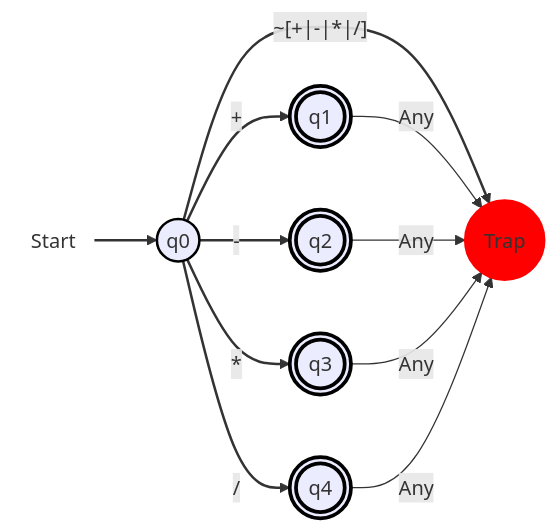
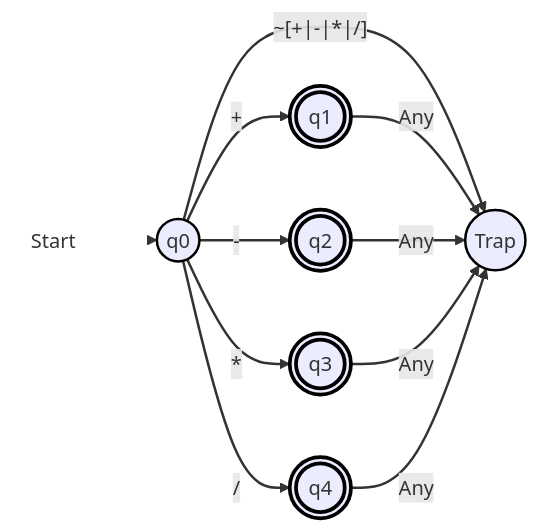
One commit to CS-Tiny-Compiler/a-tiny-compiler changed the fifth of 9 diagrams in docs/DFA.md. Above: the diagram before and after it, drawn with Mermaid. The commit also changed other lines of this file, not shown here.

First line of the commit message:
made line colors consistent and trap state have a black color

````diff
--- a/docs/DFA.md
+++ b/docs/DFA.md
@@ -196,22 +192,22 @@
 ```mermaid
 flowchart LR
   start(((Start))):::startNode --> q0(("q0")):::normal
   q0 --> |#43;| q1((("q1"))):::finalState
   q0 --> |#45;| q2((("q2"))):::finalState
   q0 --> |#42;| q3((("q3"))):::finalState
   q0 --> |#47;| q4((("q4"))):::finalState
-  q0 --> |"~[#43;|#45;|#42;|#47;]"| trap((("Trap"))):::trap
+  q0 --> |"~[#43;|#45;|#42;|#47;]"| trap(("Trap")):::trap
 
-  q1 --> |"Any"| trap((("Trap"))):::trap
-  q2 --> |"Any"| trap((("Trap"))):::trap
-  q3 --> |"Any"| trap((("Trap"))):::trap
-  q4 --> |"Any"| trap((("Trap"))):::trap
+  q1 --> |"Any"| trap(("Trap")):::trap
+  q2 --> |"Any"| trap(("Trap")):::trap
+  q3 --> |"Any"| trap(("Trap")):::trap
+  q4 --> |"Any"| trap(("Trap")):::trap
 
   classDef startNode fill:none,stroke:none;
   classDef normal stroke:#000,stroke-width:2px;
   classDef finalState stroke:#000,stroke-width:3px;
-  classDef trap fill:#f00,stroke:#f00,stroke-width:2px;
+  classDef trap stroke:#000,stroke-width:2px;
 
-  linkStyle 0 stroke-width:2px;
-  linkStyle 1,2,3,4,5 stroke:#333,stroke-width:2px,fill:none;
+  linkStyle 0 stroke:white;
+  linkStyle default stroke:#333,stroke-width:2px,fill:none;
 ```
````
